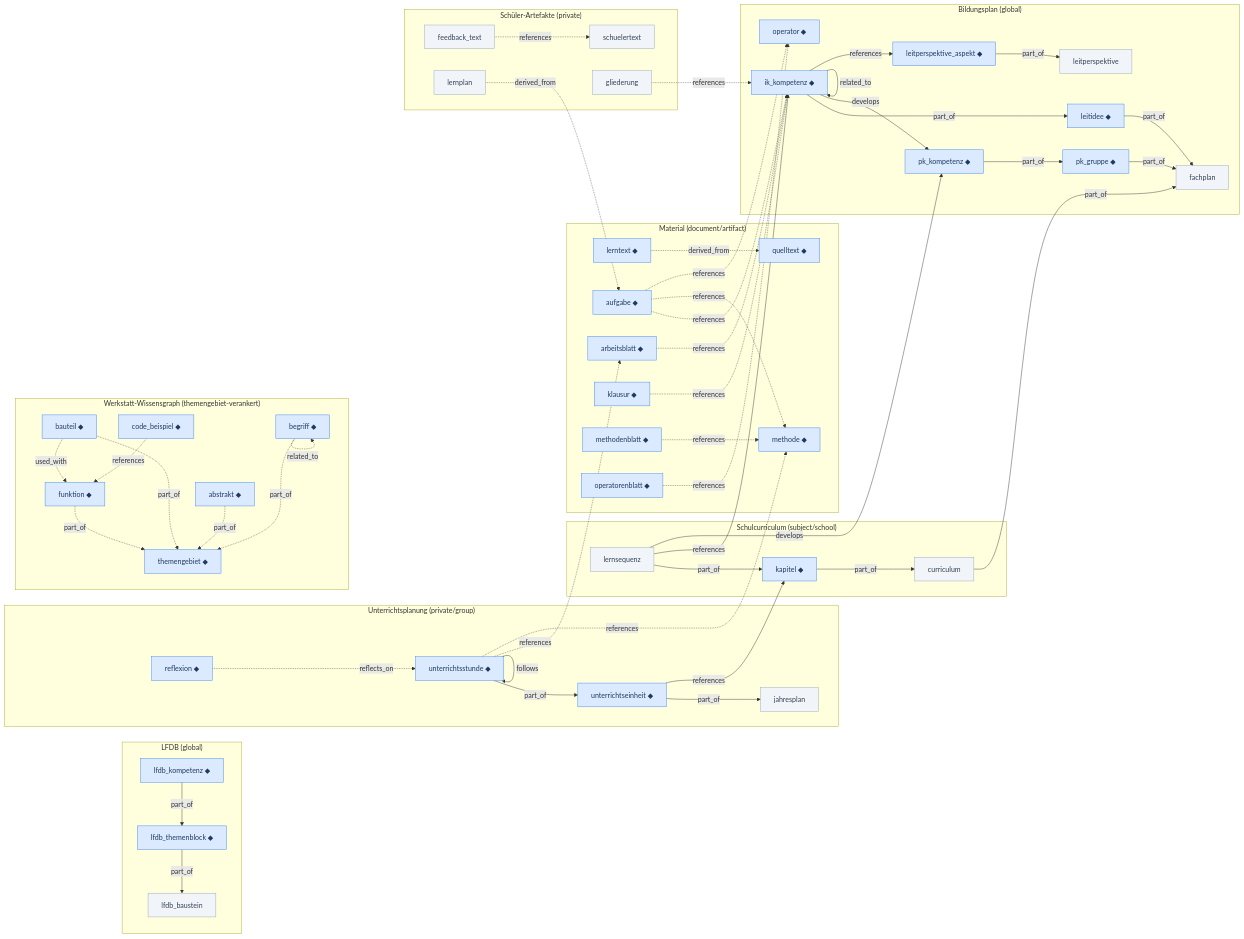
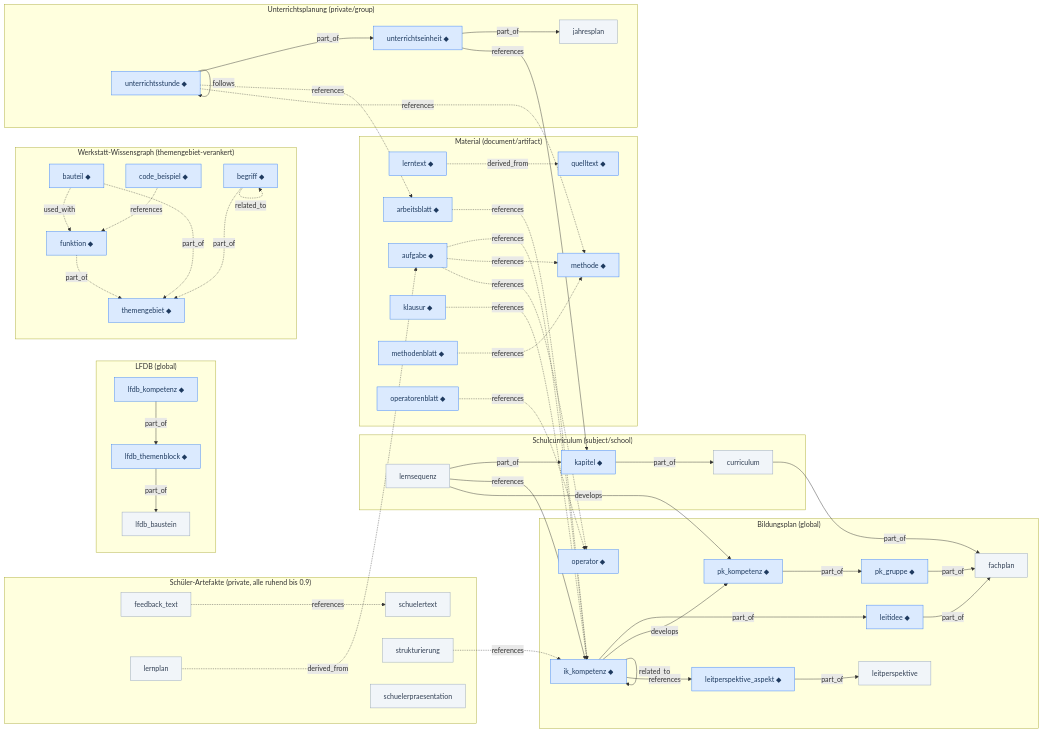
The diagram in docs/dev/neuer-knotentyp.md (jckoester/GGD-KI-Plattform), drawn with Mermaid before and after one commit. The commit also changed other lines of this file and 13 other files, not shown here.

````diff
--- a/docs/dev/neuer-knotentyp.md
+++ b/docs/dev/neuer-knotentyp.md
@@ -245,7 +245,6 @@
     jahresplan[jahresplan]:::plain
     ue["unterrichtseinheit ◆"]:::emb
     stunde["unterrichtsstunde ◆"]:::emb
-    reflexion["reflexion ◆"]:::emb
   end
 
   subgraph MAT["Material (document/artifact)"]
@@ -263,16 +262,16 @@
     themengebiet["themengebiet ◆"]:::emb
     funktion["funktion ◆"]:::emb
     bauteil["bauteil ◆"]:::emb
-    abstrakt["abstrakt ◆"]:::emb
     begriff["begriff ◆"]:::emb
     code["code_beispiel ◆"]:::emb
   end
 
-  subgraph SUS["Schüler-Artefakte (private)"]
+  subgraph SUS["Schüler-Artefakte (private, alle ruhend bis 0.9)"]
     schuelertext[schuelertext]:::plain
     feedback[feedback_text]:::plain
     lernplan[lernplan]:::plain
-    gliederung[gliederung]:::plain
+    strukturierung[strukturierung]:::plain
+    schuelerpraesentation[schuelerpraesentation]:::plain
   end
 
   %% Bildungsplan-Hierarchie (scripts/import_bildungsplan.py)
@@ -295,7 +294,6 @@
   ue -->|references| kapitel
   stunde -->|part_of| ue
   stunde -->|follows| stunde
-  reflexion -.->|reflects_on| stunde
 
   %% Material (Konvention; Erzeuger folgen mit Material-Werkstatt/manuellem Verknüpfen)
   lerntext -.->|derived_from| quelltext
@@ -312,7 +310,6 @@
   %% Werkstatt (Konvention aus ADR-013, Arduino-Beispiel)
   funktion -.->|part_of| themengebiet
   bauteil -.->|part_of| themengebiet
-  abstrakt -.->|part_of| themengebiet
   begriff -.->|part_of| themengebiet
   begriff -.->|related_to| begriff
   bauteil -.->|used_with| funktion
@@ -321,5 +318,5 @@
   %% Schüler-Artefakte (Konvention)
   feedback -.->|references| schuelertext
   lernplan -.->|derived_from| aufgabe
-  gliederung -.->|references| ik
+  strukturierung -.->|references| ik
 ```
````
